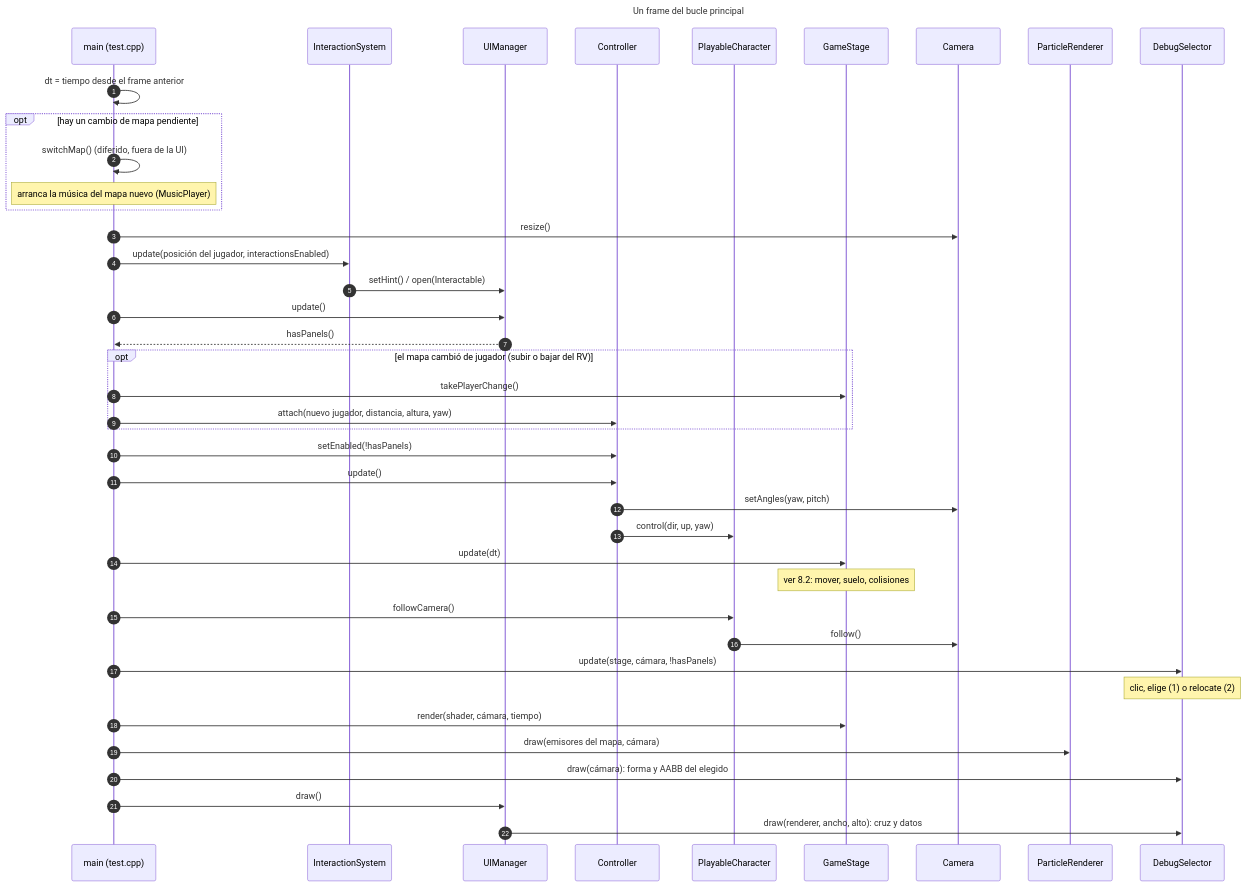
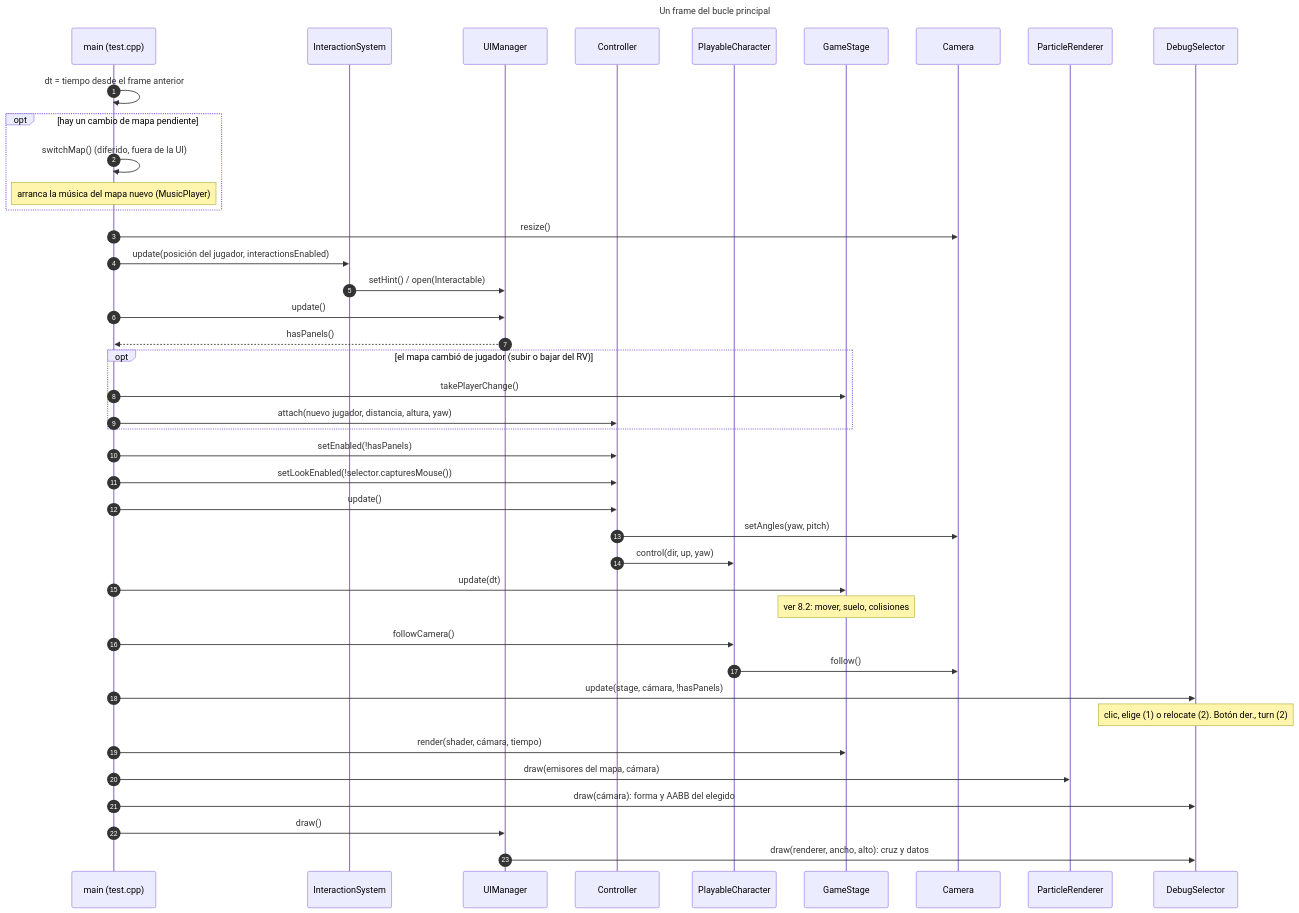
Before and after one commit to Joselitus/3Dengine: the eighth of 11 diagrams in docs/UML.md, drawn with Mermaid. The commit also changed other lines of this file and 19 other files, not shown here.

````diff
--- a/docs/UML.md
+++ b/docs/UML.md
@@ -1123,46 +1133,47 @@
 ```mermaid
 ---
 title: Un frame del bucle principal
 ---
 sequenceDiagram
     autonumber
     participant M as main (test.cpp)
     participant I as InteractionSystem
     participant U as UIManager
     participant C as Controller
     participant P as PlayableCharacter
     participant S as GameStage
     participant K as Camera
     participant R as ParticleRenderer
     participant D as DebugSelector
 
     M->>M: dt = tiempo desde el frame anterior
     opt hay un cambio de mapa pendiente
         M->>M: switchMap() (diferido, fuera de la UI)
         Note over M: arranca la música del mapa nuevo (MusicPlayer)
     end
     M->>K: resize()
     M->>I: update(posición del jugador, interactionsEnabled)
     I->>U: setHint() / open(Interactable)
     M->>U: update()
     U-->>M: hasPanels()
     opt el mapa cambió de jugador (subir o bajar del RV)
         M->>S: takePlayerChange()
         M->>C: attach(nuevo jugador, distancia, altura, yaw)
     end
     M->>C: setEnabled(!hasPanels)
+    M->>C: setLookEnabled(!selector.capturesMouse())
     M->>C: update()
     C->>K: setAngles(yaw, pitch)
     C->>P: control(dir, up, yaw)
     M->>S: update(dt)
     Note over S: ver 8.2: mover, suelo, colisiones
     M->>P: followCamera()
     P->>K: follow()
     M->>D: update(stage, cámara, !hasPanels)
-    Note over D: clic, elige (1) o relocate (2)
+    Note over D: clic, elige (1) o relocate (2). Botón der., turn (2)
     M->>S: render(shader, cámara, tiempo)
     M->>R: draw(emisores del mapa, cámara)
     M->>D: draw(cámara): forma y AABB del elegido
     M->>U: draw()
     U->>D: draw(renderer, ancho, alto): cruz y datos
 ```
````
